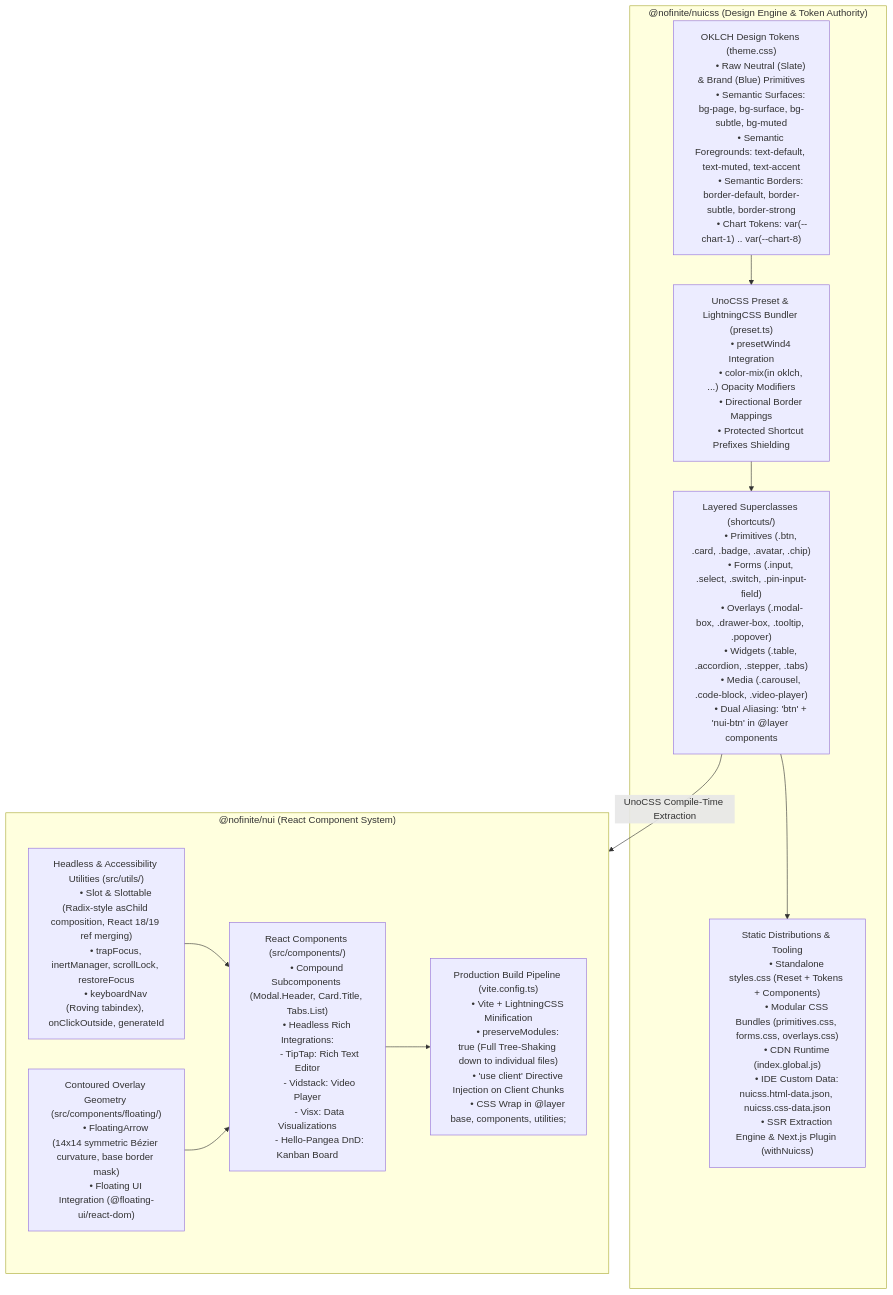
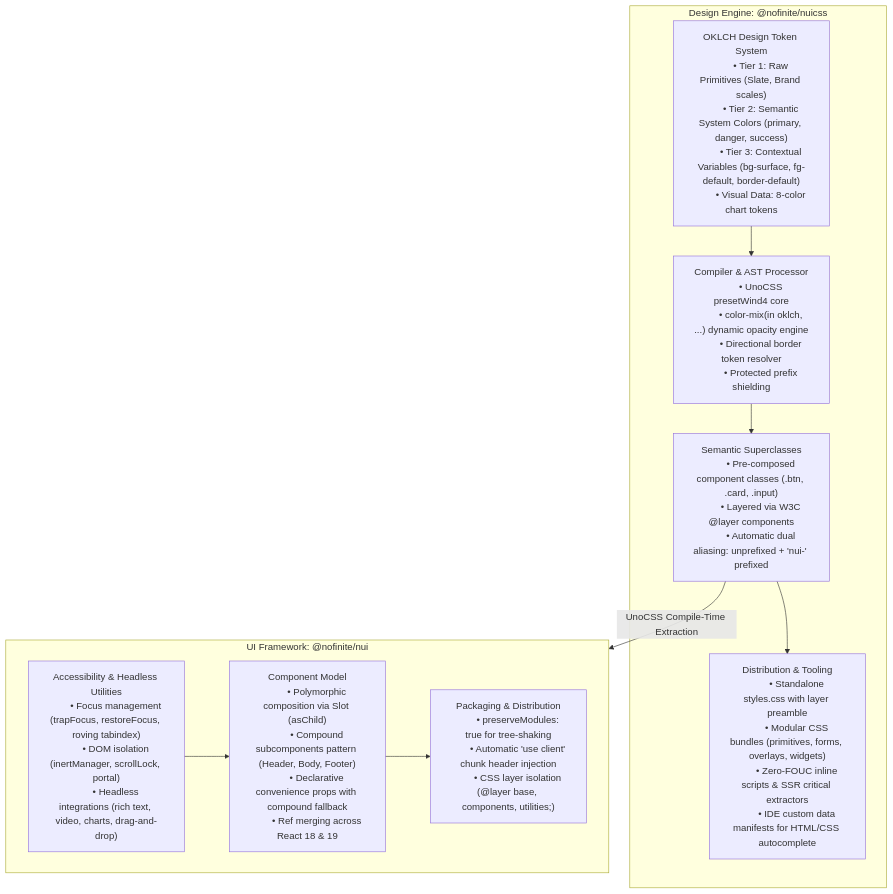
Before and after one commit to NofiniteHQ/stack: the diagram in ARCHITECTURE.md, drawn with Mermaid. The commit also changed other lines of this file, not shown here.

Commit message:
docs: streamline ARCHITECTURE.md to systemic principles and invariants

````diff
--- a/ARCHITECTURE.md
+++ b/ARCHITECTURE.md
@@ -18,65 +13,52 @@
 ```mermaid
 flowchart TD
-    subgraph NUICSS_ENGINE["@nofinite/nuicss (Design Engine & Token Authority)"]
-        TOKENS["OKLCH Design Tokens (theme.css)
-        • Raw Neutral (Slate) & Brand (Blue) Primitives
-        • Semantic Surfaces: bg-page, bg-surface, bg-subtle, bg-muted
-        • Semantic Foregrounds: text-default, text-muted, text-accent
-        • Semantic Borders: border-default, border-subtle, border-strong
-        • Chart Tokens: var(--chart-1) .. var(--chart-8)"]
+    subgraph NUICSS_ENGINE["Design Engine: @nofinite/nuicss"]
+        TOKENS["OKLCH Design Token System
+        • Tier 1: Raw Primitives (Slate, Brand scales)
+        • Tier 2: Semantic System Colors (primary, danger, success)
+        • Tier 3: Contextual Variables (bg-surface, fg-default, border-default)
+        • Visual Data: 8-color chart tokens"]
 
-        PRESET["UnoCSS Preset & LightningCSS Bundler (preset.ts)
-        • presetWind4 Integration
-        • color-mix(in oklch, ...) Opacity Modifiers
-        • Directional Border Mappings
-        • Protected Shortcut Prefixes Shielding"]
+        PRESET["Compiler & AST Processor
+        • UnoCSS presetWind4 core
+        • color-mix(in oklch, ...) dynamic opacity engine
+        • Directional border token resolver
+        • Protected prefix shielding"]
 
-        SHORTCUTS["Layered Superclasses (shortcuts/)
-        • Primitives (.btn, .card, .badge, .avatar, .chip)
-        • Forms (.input, .select, .switch, .pin-input-field)
-        • Overlays (.modal-box, .drawer-box, .tooltip, .popover)
-        • Widgets (.table, .accordion, .stepper, .tabs)
-        • Media (.carousel, .code-block, .video-player)
-        • Dual Aliasing: 'btn' + 'nui-btn' in @layer components"]
+        SHORTCUTS["Semantic Superclasses
+        • Pre-composed component classes (.btn, .card, .input)
+        • Layered via W3C @layer components
+        • Automatic dual aliasing: unprefixed + 'nui-' prefixed"]
 
-        BUNDLES["Static Distributions & Tooling
-        • Standalone styles.css (Reset + Tokens + Components)
-        • Modular CSS Bundles (primitives.css, forms.css, overlays.css)
-        • CDN Runtime (index.global.js)
-        • IDE Custom Data: nuicss.html-data.json, nuicss.css-data.json
-        • SSR Extraction Engine & Next.js Plugin (withNuicss)"]
+        OUTPUTS["Distribution & Tooling
+        • Standalone styles.css with layer preamble
+        • Modular CSS bundles (primitives, forms, overlays, widgets)
+        • Zero-FOUC inline scripts & SSR critical extractors
+        • IDE custom data manifests for HTML/CSS autocomplete"]
     end
 
-    subgraph NUI_REACT["@nofinite/nui (React Component System)"]
-        CORE_HOOKS["Headless & Accessibility Utilities (src/utils/)
-        • Slot & Slottable (Radix-style asChild composition, React 18/19 ref merging)
-        • trapFocus, inertManager, scrollLock, restoreFocus
-        • keyboardNav (Roving tabindex), onClickOutside, generateId"]
+    subgraph NUI_REACT["UI Framework: @nofinite/nui"]
+        COMP_MODEL["Component Model
+        • Polymorphic composition via Slot (asChild)
+        • Compound subcomponents pattern (Header, Body, Footer)
+        • Declarative convenience props with compound fallback
+        • Ref merging across React 18 & 19"]
 
-        FLOATING_PRIMITIVE["Contoured Overlay Geometry (src/components/floating/)
-        • FloatingArrow (14x14 symmetric Bézier curvature, base border mask)
-        • Floating UI Integration (@floating-ui/react-dom)"]
+        A11Y_HEADLESS["Accessibility & Headless Utilities
+        • Focus management (trapFocus, restoreFocus, roving tabindex)
+        • DOM isolation (inertManager, scrollLock, portal)
+        • Headless integrations (rich text, video, charts, drag-and-drop)"]
 
-        COMPONENTS["React Components (src/components/)
-        • Compound Subcomponents (Modal.Header, Card.Title, Tabs.List)
-        • Headless Rich Integrations:
-          - TipTap: Rich Text Editor
-          - Vidstack: Video Player
-          - Visx: Data Visualizations
-          - Hello-Pangea DnD: Kanban Board"]
-
-        BUILD_PIPELINE["Production Build Pipeline (vite.config.ts)
-        • Vite + LightningCSS Minification
-        • preserveModules: true (Full Tree-Shaking down to individual files)
-        • 'use client' Directive Injection on Client Chunks
-        • CSS Wrap in @layer base, components, utilities;"]
+        BUILD_SYS["Packaging & Distribution
+        • preserveModules: true for tree-shaking
+        • Automatic 'use client' chunk header injection
+        • CSS layer isolation (@layer base, components, utilities;)"]
     end
 
     TOKENS --> PRESET
     PRESET --> SHORTCUTS
-    SHORTCUTS --> BUNDLES
+    SHORTCUTS --> OUTPUTS
     SHORTCUTS -->|UnoCSS Compile-Time Extraction| NUI_REACT
-    CORE_HOOKS --> COMPONENTS
-    FLOATING_PRIMITIVE --> COMPONENTS
-    COMPONENTS --> BUILD_PIPELINE
+    COMP_MODEL --> BUILD_SYS
+    A11Y_HEADLESS --> COMP_MODEL
 ```
````
